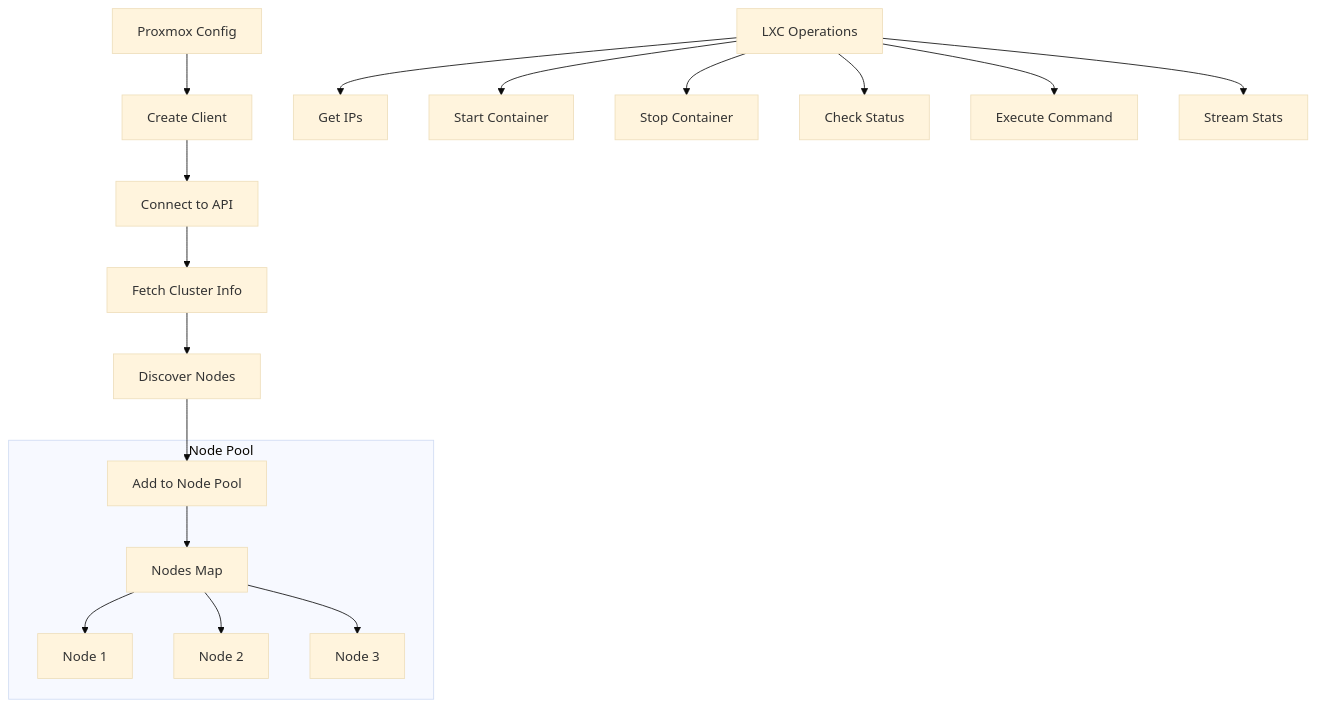
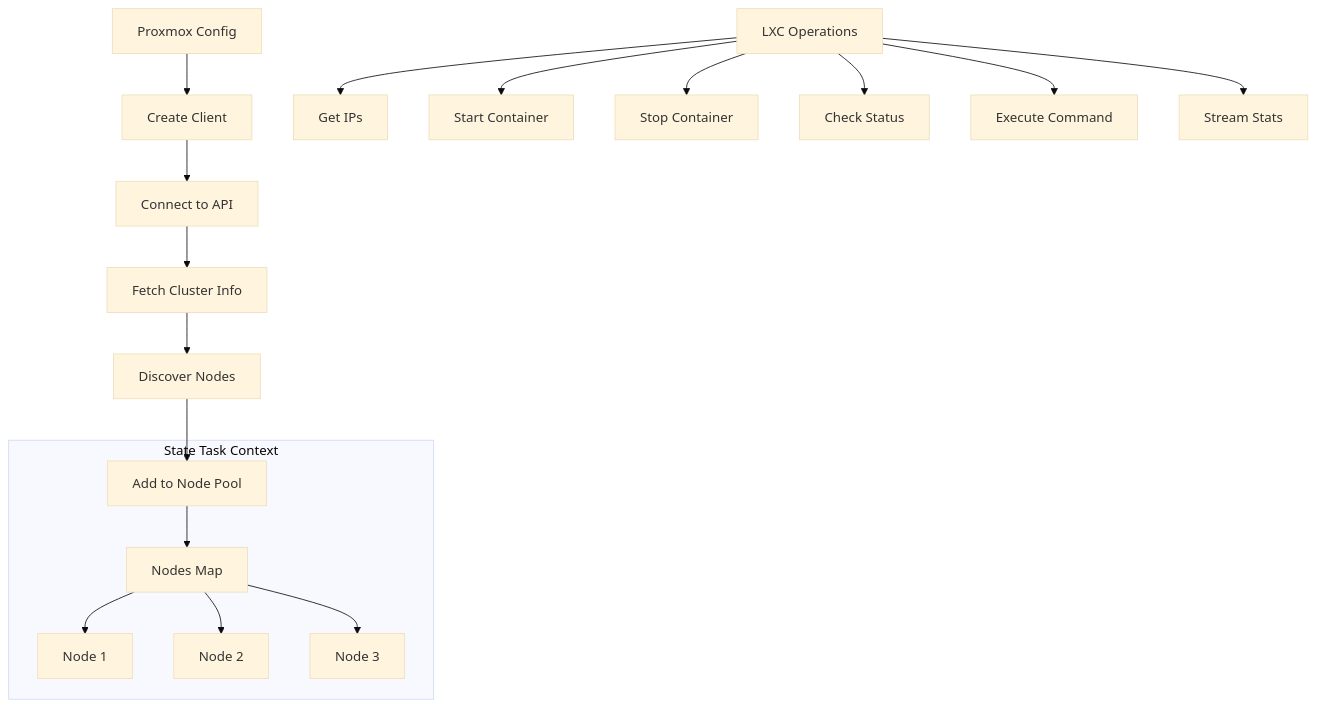
The first of 2 diagrams in content/docs/impl/internal-proxmox.mdx (yusing/godoxy-wiki), drawn with Mermaid (base theme) before and after one commit. The commit also changed other lines of this file and 2 other files, not shown here.

````diff
--- a/content/docs/impl/internal-proxmox.mdx
+++ b/content/docs/impl/internal-proxmox.mdx
@@ -26,22 +26,22 @@
 ```mermaid
 graph TD
     A[Proxmox Config] --> B[Create Client]
     B --> C[Connect to API]
     C --> D[Fetch Cluster Info]
     D --> E[Discover Nodes]
     E --> F[Add to Node Pool]
 
     G[LXC Operations] --> H[Get IPs]
     G --> I[Start Container]
     G --> J[Stop Container]
     G --> K[Check Status]
     G --> L[Execute Command]
     G --> M[Stream Stats]
 
-    subgraph Node Pool
+    subgraph State Task Context
         F --> N[Nodes Map]
         N --> O[Node 1]
         N --> P[Node 2]
         N --> Q[Node 3]
     end
 ```
````
